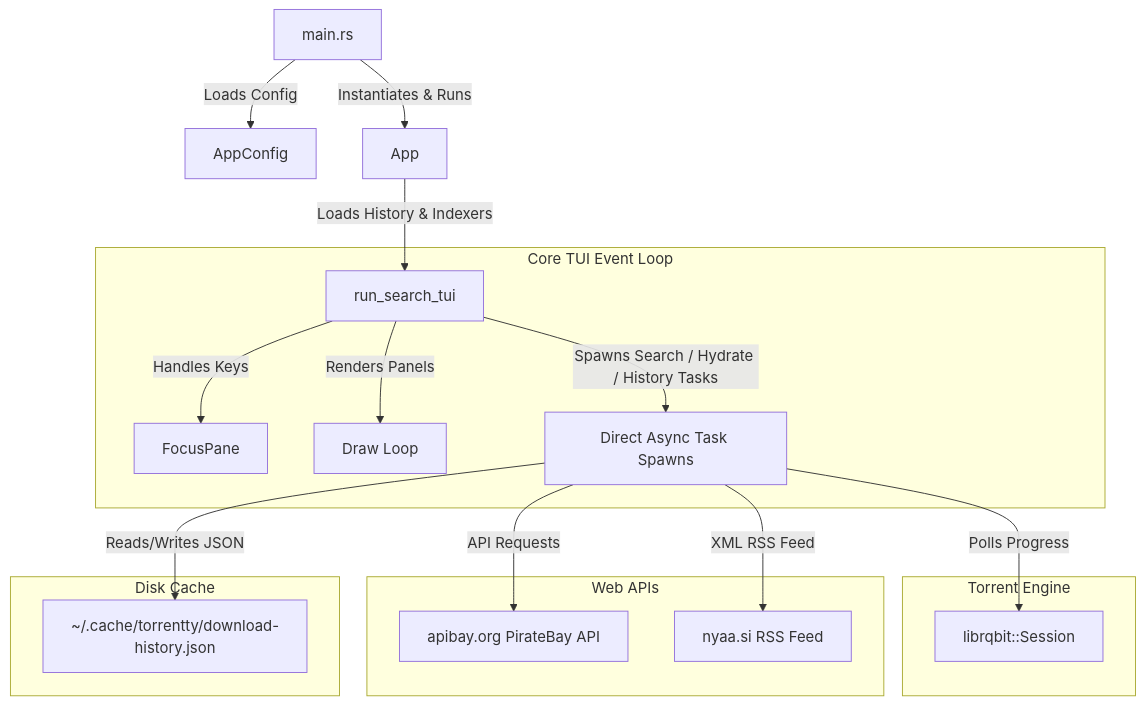
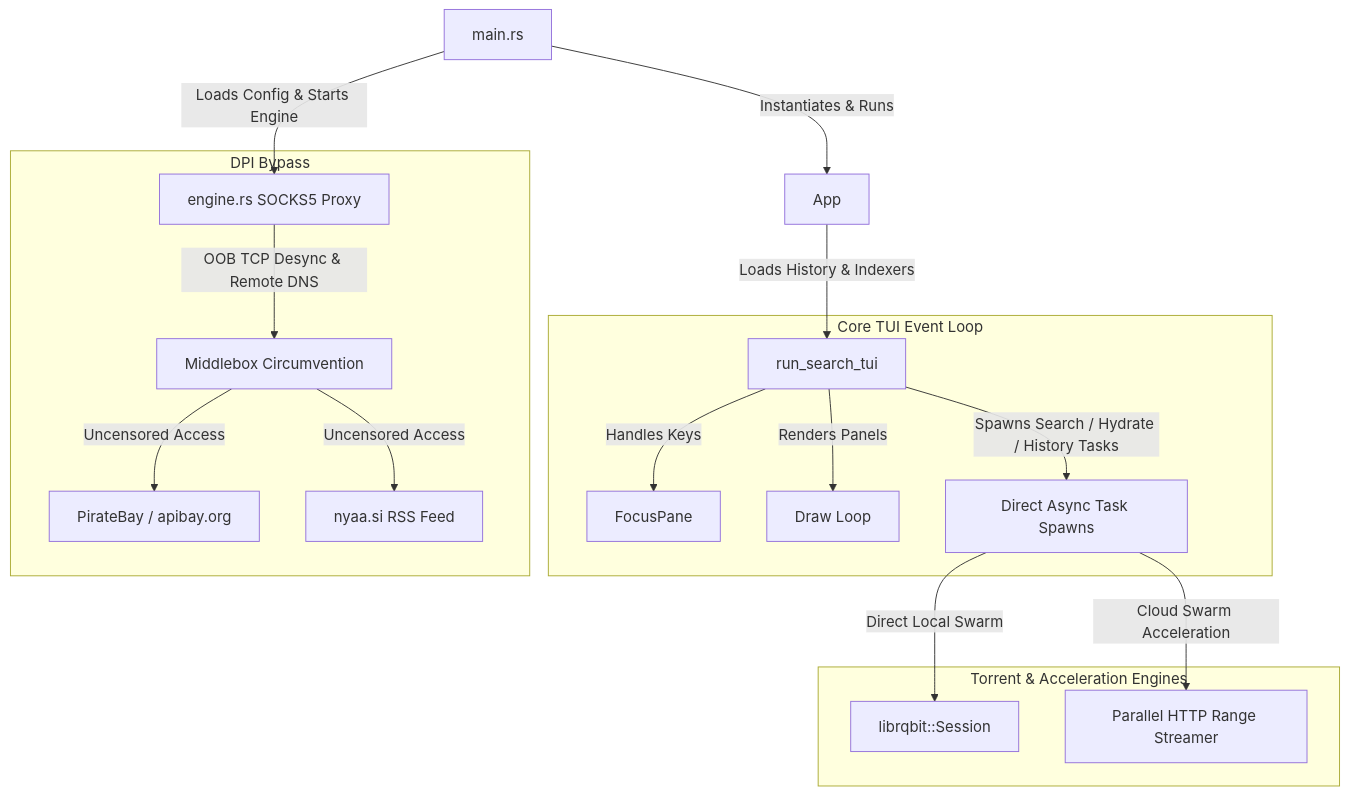
One commit to Aditya-233/Forrenty changed the diagram in README.md. Above: the diagram before and after it, drawn with Mermaid. The commit also changed other lines of this file and 6 other files, not shown here.

Commit message:
chore: remove AGENTS, CLOUD_ACCELERATION, licenses, and CI linting workflow; clean README

````diff
--- a/README.md
+++ b/README.md
@@ -40,25 +36,23 @@
 ```mermaid
 graph TD
-    Main[main.rs] -->|Loads Config| AppConfig[AppConfig]
+    Main[main.rs] -->|Loads Config & Starts Engine| Engine[engine.rs SOCKS5 Proxy]
     Main -->|Instantiates & Runs| App[App]
     App -->|Loads History & Indexers| TUI[run_search_tui]
 
     subgraph Core TUI Event Loop
         TUI -->|Handles Keys| FocusManager[FocusPane]
         TUI -->|Renders Panels| PaintPipeline[Draw Loop]
         TUI -->|Spawns Search / Hydrate / History Tasks| AsyncTasks[Direct Async Task Spawns]
     end
 
-    subgraph Torrent Engine
-        AsyncTasks -->|Polls Progress| Rqbit[librqbit::Session]
+    subgraph Torrent & Acceleration Engines
+        AsyncTasks -->|Direct Local Swarm| Rqbit[librqbit::Session]
+        AsyncTasks -->|Cloud Swarm Acceleration| CloudStream[Parallel HTTP Range Streamer]
     end
 
-    subgraph Web APIs
-        AsyncTasks -->|API Requests| PB[apibay.org PirateBay API]
-        AsyncTasks -->|XML RSS Feed| Nyaa[nyaa.si RSS Feed]
-    end
-
-    subgraph Disk Cache
-        AsyncTasks -->|Reads/Writes JSON| DiskHistory[~/.cache/torrentty/download-history.json]
+    subgraph DPI Bypass
+        Engine -->|OOB TCP Desync & Remote DNS| Bypass[Middlebox Circumvention]
+        Bypass -->|Uncensored Access| PB[PirateBay / apibay.org]
+        Bypass -->|Uncensored Access| Nyaa[nyaa.si RSS Feed]
     end
 ```
````
